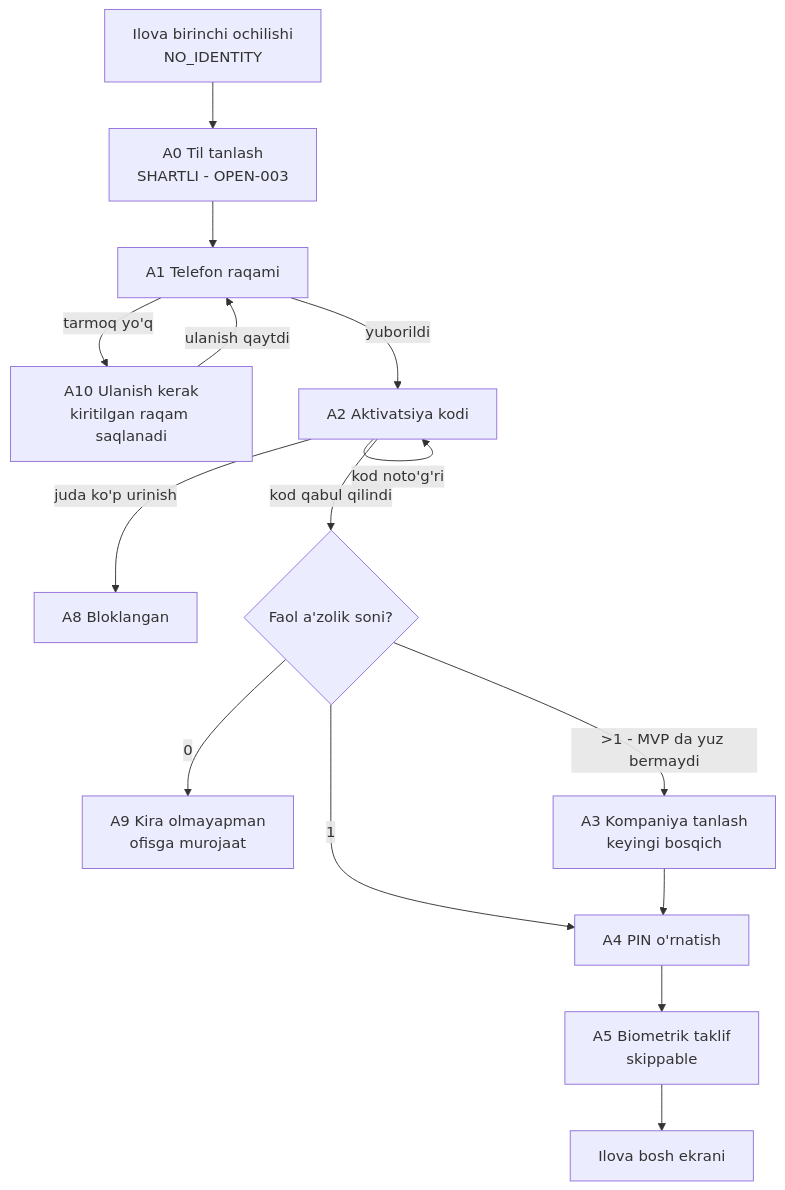
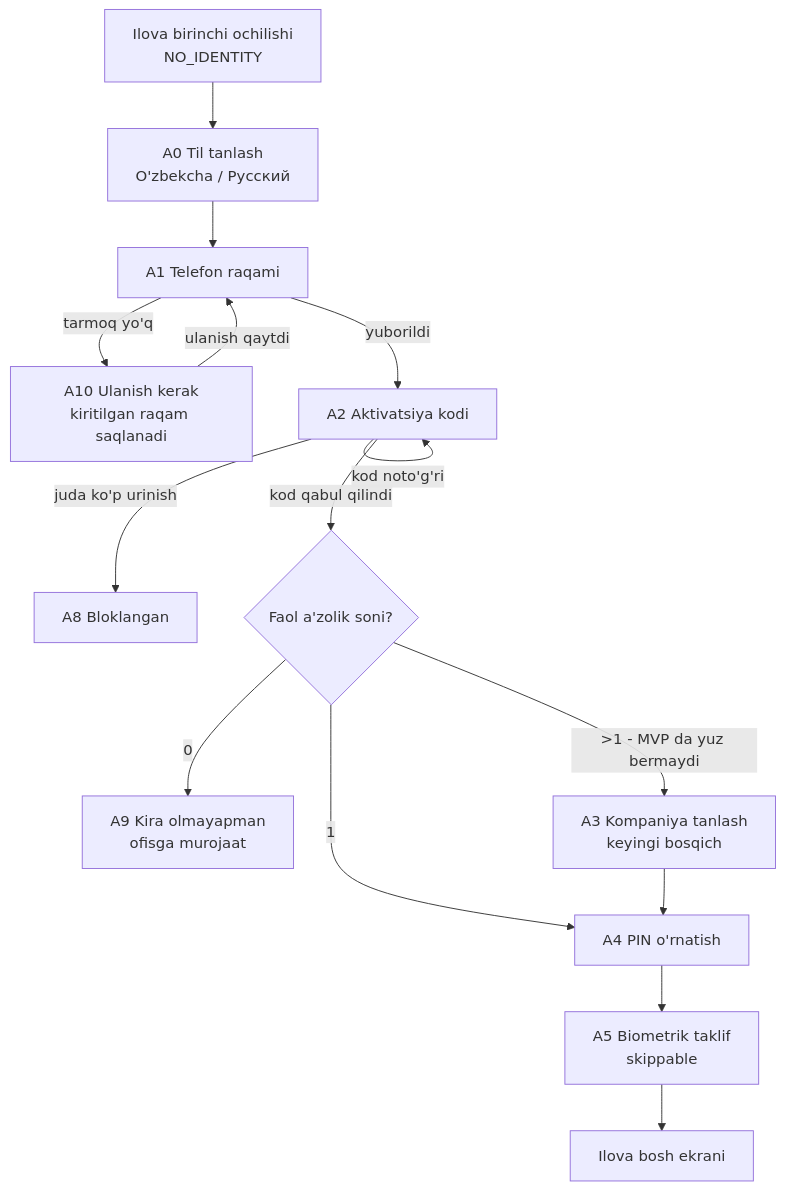
The second of 3 diagrams in design/driver/ds-01-kirish-oqimi.md (isadulla7/logicontrol-docs), drawn with Mermaid before and after one commit. The commit also changed other lines of this file and 7 other files, not shown here.

````diff
--- a/design/driver/ds-01-kirish-oqimi.md
+++ b/design/driver/ds-01-kirish-oqimi.md
@@ -85,17 +87,17 @@
 ```mermaid
 flowchart TD
-    START[Ilova birinchi ochilishi\nNO_IDENTITY] --> LANG[A0 Til tanlash\nSHARTLI - OPEN-003]
+    START[Ilova birinchi ochilishi\nNO_IDENTITY] --> LANG[A0 Til tanlash\nO'zbekcha / Русский]
     LANG --> PHONE[A1 Telefon raqami]
     PHONE -->|tarmoq yo'q| WALL[A10 Ulanish kerak\nkiritilgan raqam saqlanadi]
     WALL -->|ulanish qaytdi| PHONE
     PHONE -->|yuborildi| CODE[A2 Aktivatsiya kodi]
     CODE -->|kod noto'g'ri| CODE
     CODE -->|juda ko'p urinish| BLOCKED[A8 Bloklangan]
     CODE -->|kod qabul qilindi| MEMB{Faol a'zolik soni?}
     MEMB -->|0| HELP[A9 Kira olmayapman\nofisga murojaat]
     MEMB -->|1| PIN[A4 PIN o'rnatish]
     MEMB -->|>1 - MVP da yuz bermaydi| COMPANY[A3 Kompaniya tanlash\nkeyingi bosqich]
     COMPANY --> PIN
     PIN --> BIO[A5 Biometrik taklif\nskippable]
     BIO --> HOME[Ilova bosh ekrani]
 ```
````
